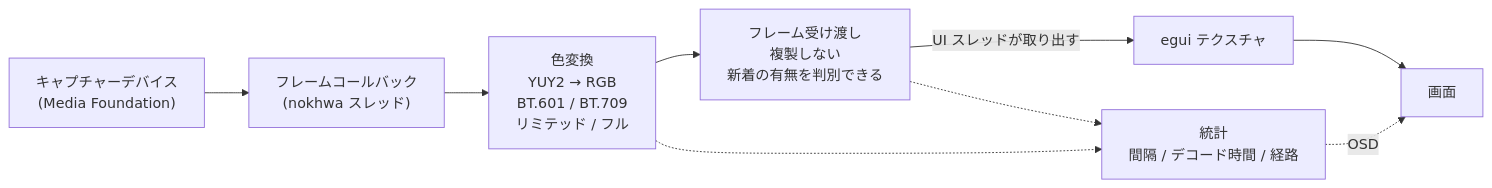
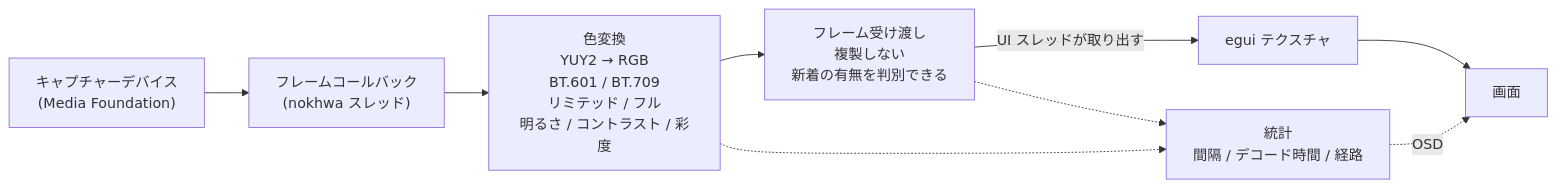
The third of 4 diagrams in docs/ARCHITECTURE.md (Mui-MuiMui/Capturecard_Viewer), drawn with Mermaid before and after one commit. The commit also changed other lines of this file and 5 other files, not shown here.

````diff
--- a/docs/ARCHITECTURE.md
+++ b/docs/ARCHITECTURE.md
@@ -136,16 +136,16 @@
 ```mermaid
 flowchart LR
     dev["キャプチャーデバイス<br/>(Media Foundation)"]
     cb["フレームコールバック<br/>(nokhwa スレッド)"]
-    conv["色変換<br/>YUY2 → RGB<br/>BT.601 / BT.709<br/>リミテッド / フル"]
+    conv["色変換<br/>YUY2 → RGB<br/>BT.601 / BT.709<br/>リミテッド / フル<br/>明るさ / コントラスト / 彩度"]
     buf["フレーム受け渡し<br/>複製しない<br/>新着の有無を判別できる"]
     tex["egui テクスチャ"]
     draw["画面"]
     stats["統計<br/>間隔 / デコード時間 / 経路"]
 
     dev --> cb --> conv --> buf
     buf -->|UI スレッドが取り出す| tex --> draw
     conv -.-> stats
     buf -.-> stats
     stats -.->|OSD| draw
 ```
````
